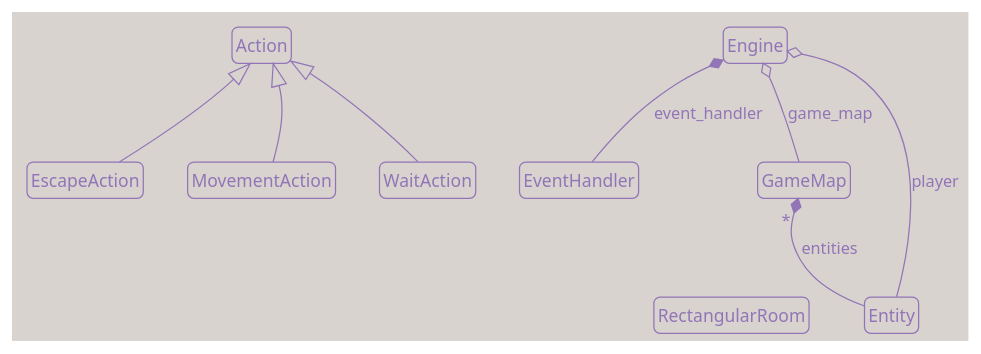
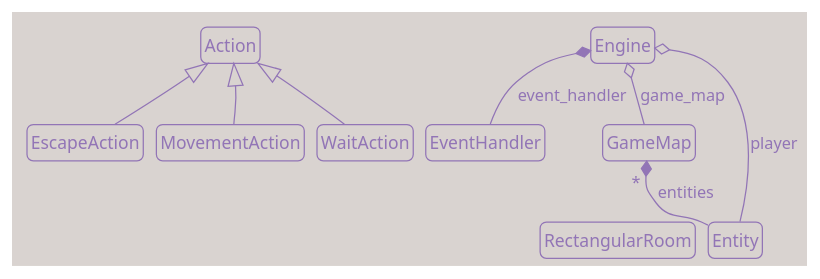
The diagram in content/tutorials/tcod/v3/uml/part4_classes.puml (Darky-Lucera/roguelike-tutorials-website), drawn with PlantUML before and after one commit. The commit also changed 23 other files, not shown here.

Commit message:
Improved some images. Deleted some unused diagrams

```diff
--- a/content/tutorials/tcod/v3/uml/part4_classes.puml
+++ b/content/tutorials/tcod/v3/uml/part4_classes.puml
@@ -1,77 +1,80 @@
 @startuml classes
 
 !theme mimeograph
 
 top to bottom direction
 
 hide members
 
 hide circle
 
 skinparam roundcorner 10
 
 skinparam noteFontSize 10
 skinparam noteBorderThickness 1
 skinparam noteMargin 2
 skinparam notePadding 2
+
+skinparam nodesep 10
+skinparam ranksep 30
 
 set namespaceSeparator none
 
 '--------------------------------------
 ' Classes
 '--------------------------------------
 
 class "Action" as game.actions.Action {
 }
 
 class "Engine" as game.engine.Engine {
 }
 
 class "Entity" as game.entity.Entity {
 }
 
 class "EscapeAction" as game.actions.EscapeAction {
 }
 
 class "EventHandler" as game.input_handlers.EventHandler {
 }
 
 class "GameMap" as game.map.game_map.GameMap {
 }
 
 class "MovementAction" as game.actions.MovementAction {
 }
 
 class "RectangularRoom" as game.map.map_generator.RectangularRoom {
 }
 
 class "WaitAction" as game.actions.WaitAction {
 }
 
 '--------------------------------------
 ' Relations
 '--------------------------------------
 
 game.actions.EscapeAction --|> game.actions.Action
 game.actions.MovementAction --|> game.actions.Action
 game.actions.WaitAction --|> game.actions.Action
 game.entity.Entity --* " * " game.map.game_map.GameMap : entities
 game.entity.Entity --o game.engine.Engine : player
 game.input_handlers.EventHandler --* game.engine.Engine : event_handler
 game.map.game_map.GameMap --o game.engine.Engine : game_map
 
 '--------------------------------------
 ' Order Rules
 '--------------------------------------
 
 game.actions.Action -[hidden]down- game.actions.MovementAction
 game.actions.Action -[hidden]down- game.actions.WaitAction
 game.actions.Action -[hidden]down- game.actions.EscapeAction
 
 game.engine.Engine -[hidden]down-  game.map.game_map.GameMap
 game.map.game_map.GameMap -[hidden]down- game.entity.Entity
 game.engine.Engine -[hidden]down-  game.input_handlers.EventHandler
 
 game.map.game_map.GameMap -[hidden]down- game.map.map_generator.RectangularRoom
 
 @enduml
```
